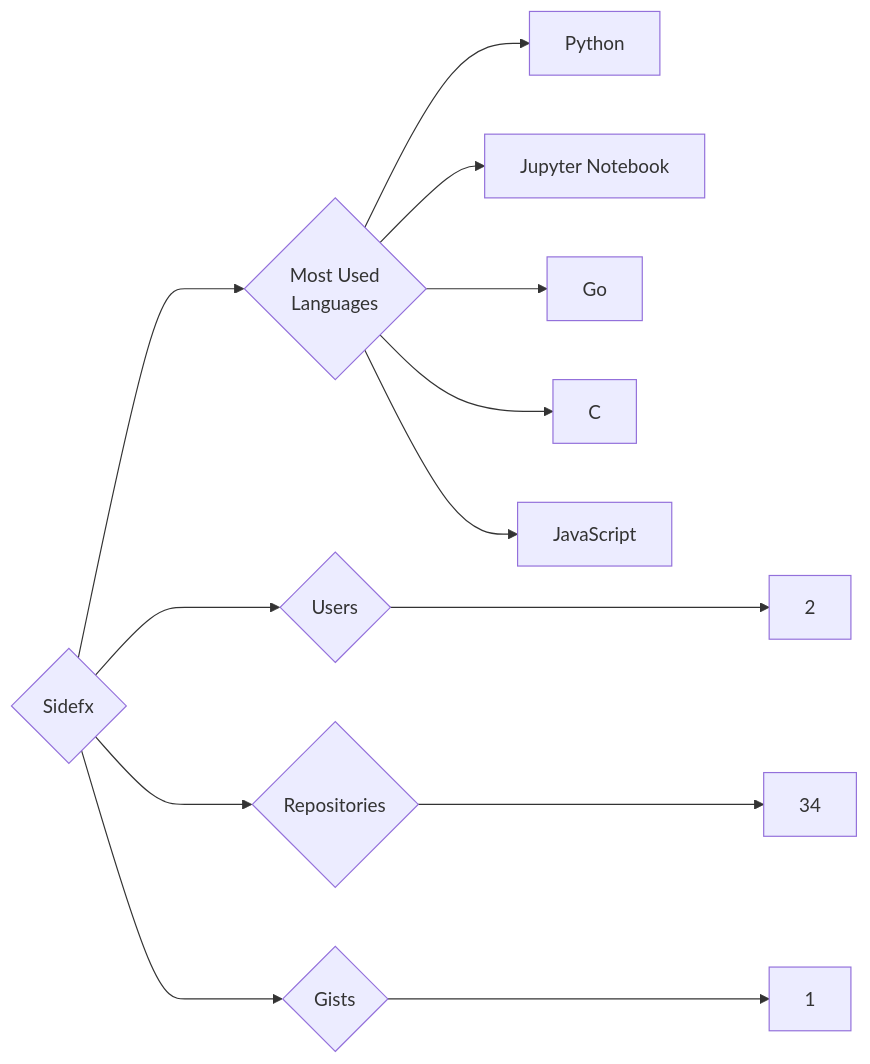
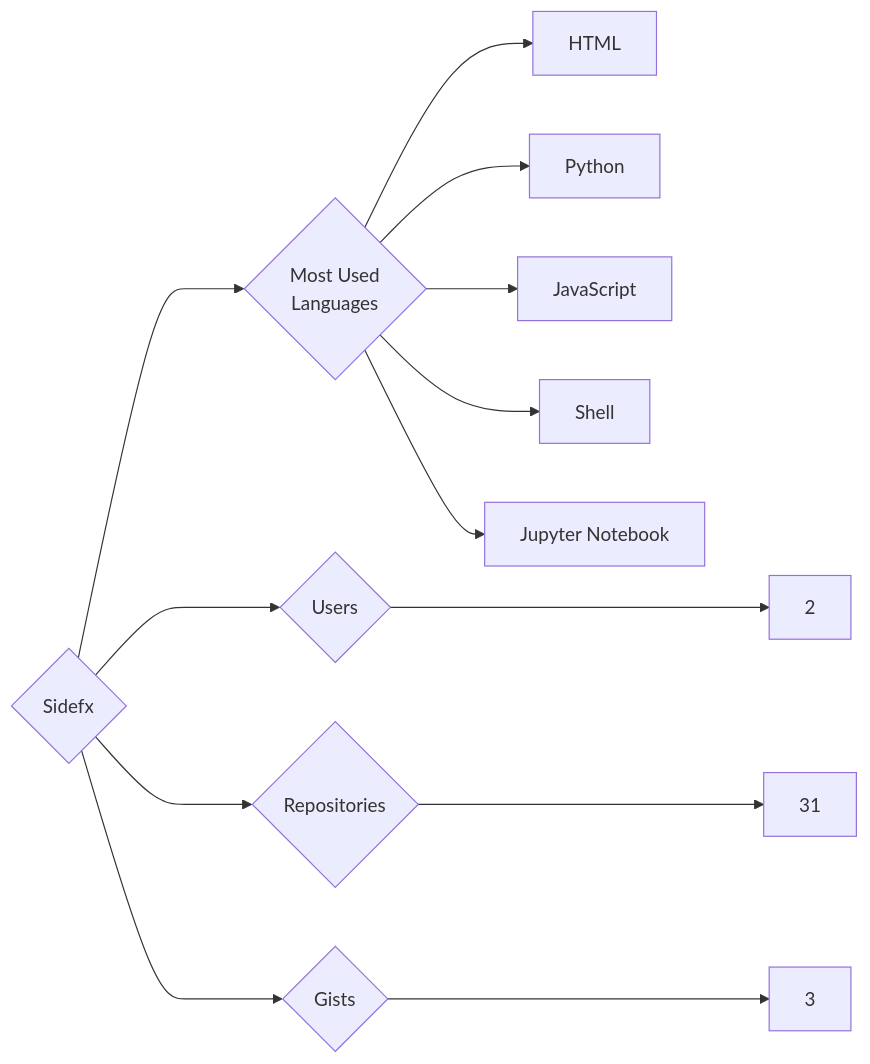
The diagram in targets/Sidefx/README.md (trickest/insiders), drawn with Mermaid before and after one commit. The commit also changed 797 other files, not shown here.

````diff
--- a/targets/Sidefx/README.md
+++ b/targets/Sidefx/README.md
@@ -3,13 +3,13 @@
 ```mermaid
 graph LR
 COMPANY_NAME{Sidefx}
 COMPANY_NAME ---> U{Users} ---> UN[2]
-COMPANY_NAME ---> R{Repositories} ---> RN[34]
-COMPANY_NAME ---> G{Gists} ---> GN[1]
+COMPANY_NAME ---> R{Repositories} ---> RN[31]
+COMPANY_NAME ---> G{Gists} ---> GN[3]
 COMPANY_NAME ---> ML{Most Used<br>Languages}
+ML --> HTML[HTML]
 ML --> Python[Python]
+ML --> JavaScript[JavaScript]
+ML --> Shell[Shell]
 ML --> Jupyter_Notebook[Jupyter Notebook]
-ML --> Go[Go]
-ML --> C[C]
-ML --> JavaScript[JavaScript]
 ```
````
